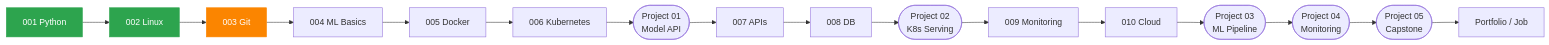
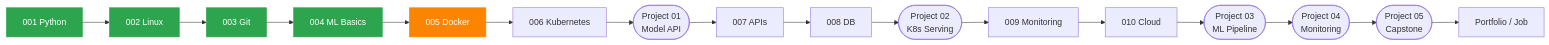
One commit to 16FW/ai-infra-learning-log changed the diagram in README.md. Above: the diagram before and after it, drawn with Mermaid. The commit also changed other lines of this file, not shown here.

````diff
--- a/README.md
+++ b/README.md
@@ -75,11 +75,11 @@
 ```mermaid
 flowchart LR
-    M1[001 Python]:::done --> M2[002 Linux]:::done --> M3[003 Git]:::now --> M4[004 ML Basics] --> M5[005 Docker] --> M6[006 Kubernetes]
+    M1[001 Python]:::done --> M2[002 Linux]:::done --> M3[003 Git]:::done --> M4[004 ML Basics]:::done --> M5[005 Docker]:::now --> M6[006 Kubernetes]
     M6 --> P1([Project 01<br/>Model API])
     P1 --> M7[007 APIs] --> M8[008 DB] --> P2([Project 02<br/>K8s Serving])
     P2 --> M9[009 Monitoring] --> M10[010 Cloud] --> P3([Project 03<br/>ML Pipeline])
     P3 --> P4([Project 04<br/>Monitoring]) --> P5([Project 05<br/>Capstone]) --> J[Portfolio / Job]
 
     classDef done fill:#2da44e,color:#fff,stroke:#2da44e
     classDef now fill:#fb8500,color:#fff,stroke:#fb8500
 ```
````
